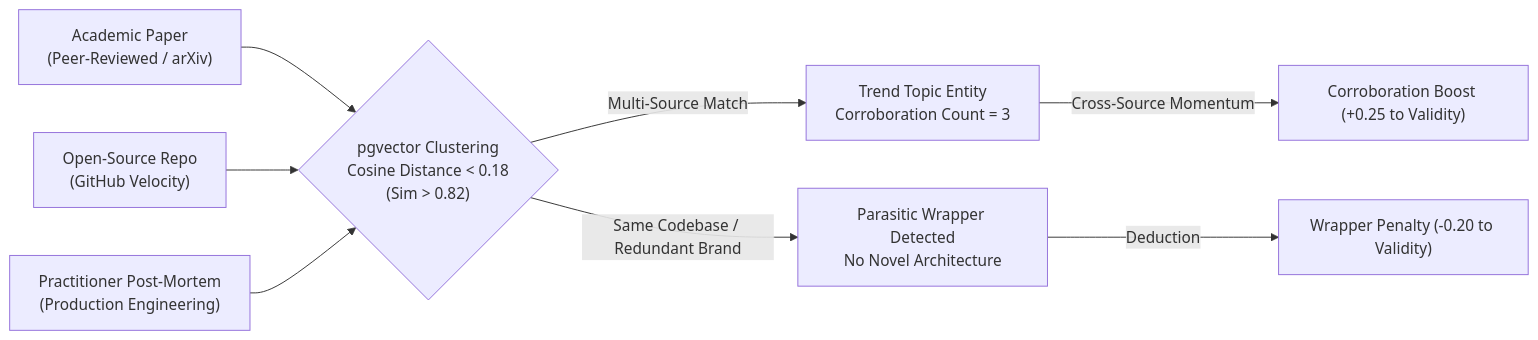
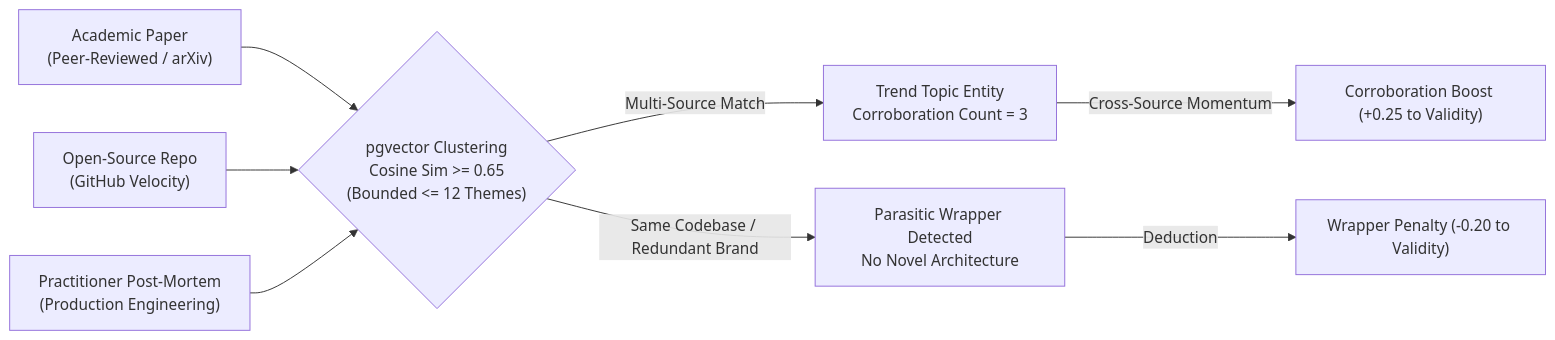
One commit to cdr74/trend_research changed the second of 2 diagrams in docs/design/architecture.md. Above: the diagram before and after it, drawn with Mermaid. The commit also changed other lines of this file and 22 other files, not shown here.

````diff
--- a/docs/design/architecture.md
+++ b/docs/design/architecture.md
@@ -83,12 +83,12 @@
 ```mermaid
 flowchart LR
-    S_ACAD["Academic Paper\n(Peer-Reviewed / arXiv)"] --> CLUST{"pgvector Clustering\nCosine Distance < 0.18\n(Sim > 0.82)"}
+    S_ACAD["Academic Paper\n(Peer-Reviewed / arXiv)"] --> CLUST{"pgvector Clustering\nCosine Sim >= 0.65\n(Bounded <= 12 Themes)"}
     S_OSS["Open-Source Repo\n(GitHub Velocity)"] --> CLUST
     S_BLOG["Practitioner Post-Mortem\n(Production Engineering)"] --> CLUST
 
     CLUST -->|"Multi-Source Match"| TOPIC["Trend Topic Entity\nCorroboration Count = 3"]
     TOPIC -->|"Cross-Source Momentum"| BOOST["Corroboration Boost (+0.25 to Validity)"]
 
     CLUST -->|"Same Codebase / Redundant Brand"| WRAP["Parasitic Wrapper Detected\nNo Novel Architecture"]
     WRAP -->|"Deduction"| PENALTY["Wrapper Penalty (-0.20 to Validity)"]
 ```
````
